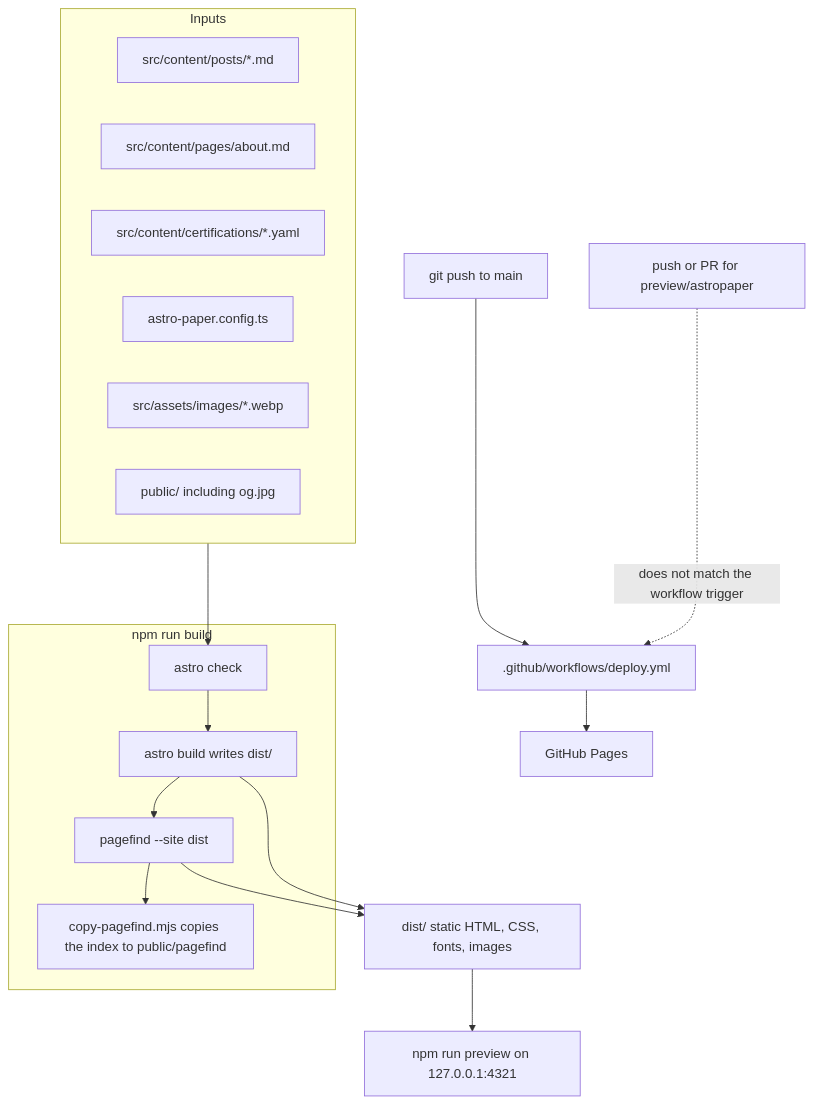
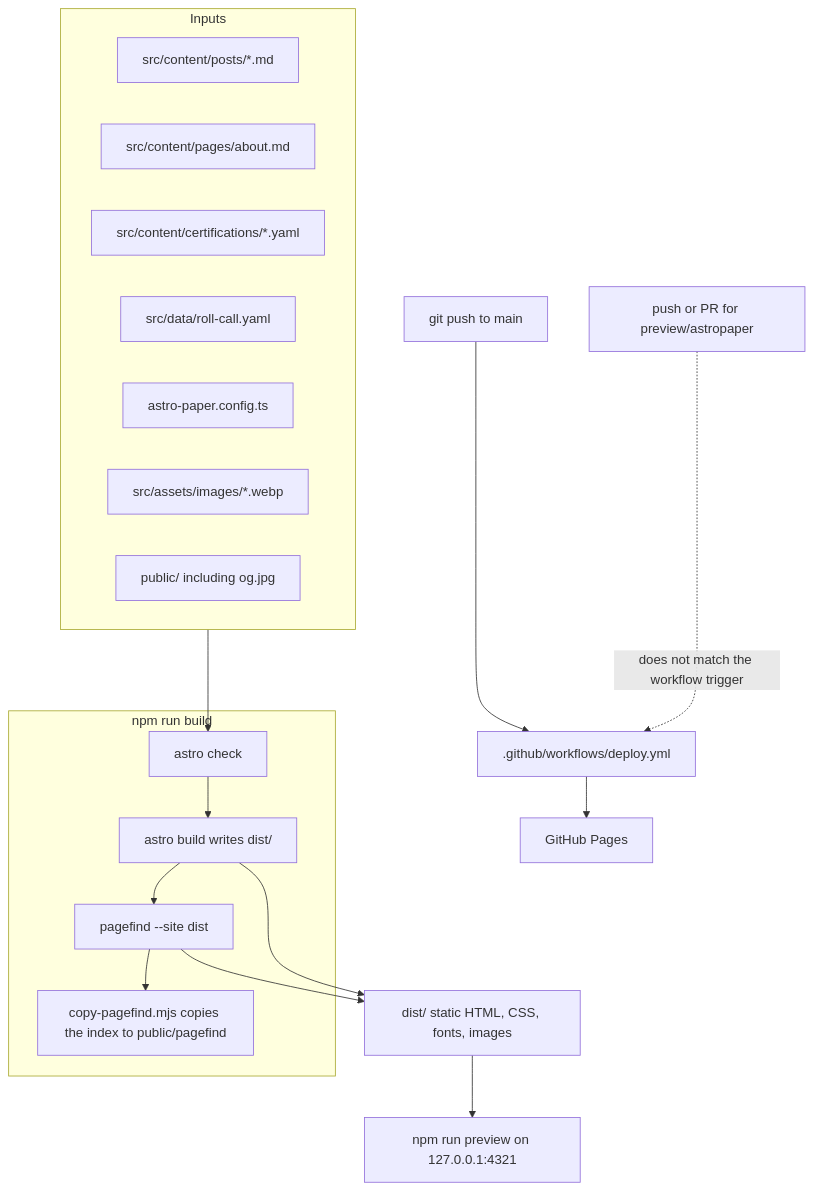
The diagram in FORJAMES.md (nutanixguy/nutanixvibes), drawn with Mermaid before and after one commit. The commit also changed other lines of this file and 9 other files, not shown here.

First line of the commit message:
Add a Roll Call page for peer Nutanix blogs. (#7)

````diff
--- a/FORJAMES.md
+++ b/FORJAMES.md
@@ -19,29 +21,30 @@
 ```mermaid
 flowchart TD
   subgraph sources [Inputs]
     posts["src/content/posts/*.md"]
     about["src/content/pages/about.md"]
     certs["src/content/certifications/*.yaml"]
+    roll["src/data/roll-call.yaml"]
     siteConfig["astro-paper.config.ts"]
     imageMasters["src/assets/images/*.webp"]
     publicFiles["public/ including og.jpg"]
   end
 
   subgraph build [npm run build]
     check["astro check"]
     astroBuild["astro build writes dist/"]
     pagefind["pagefind --site dist"]
     copyIndex["copy-pagefind.mjs copies the index to public/pagefind"]
     check --> astroBuild --> pagefind --> copyIndex
   end
 
   sources --> check
   astroBuild --> dist["dist/ static HTML, CSS, fonts, images"]
   pagefind --> dist
 
   dist --> preview["npm run preview on 127.0.0.1:4321"]
 
   mainPush["git push to main"] --> deploy[".github/workflows/deploy.yml"]
   deploy --> pages["GitHub Pages"]
   thisBranch["push or PR for preview/astropaper"] -.->|"does not match the workflow trigger"| deploy
 ```
````
